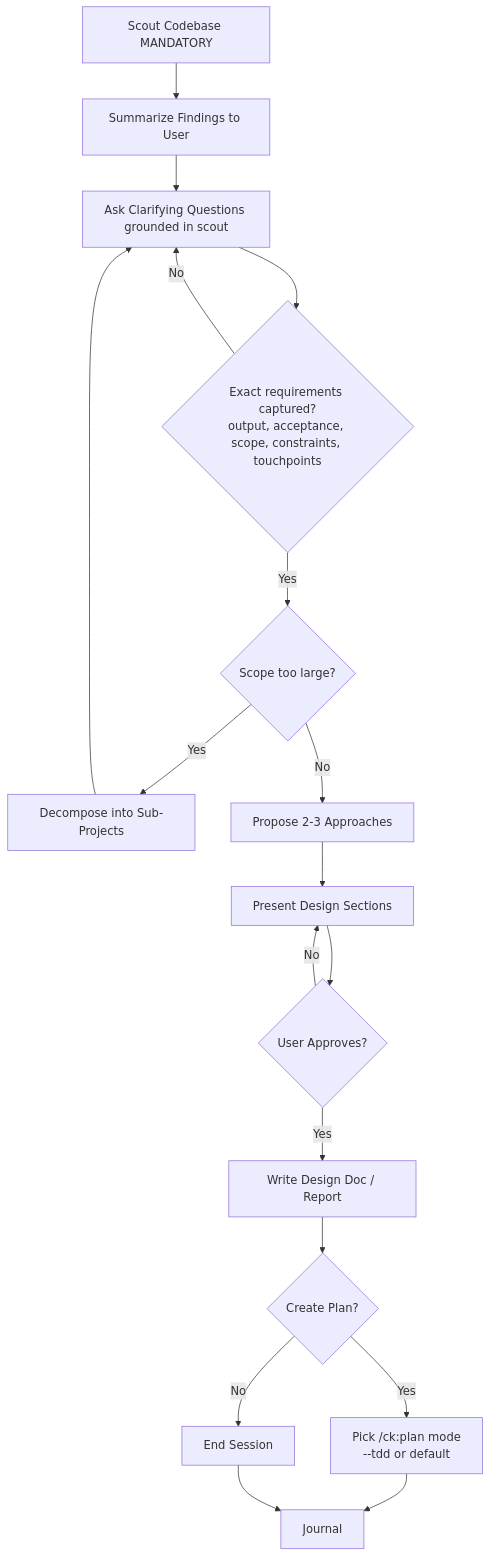
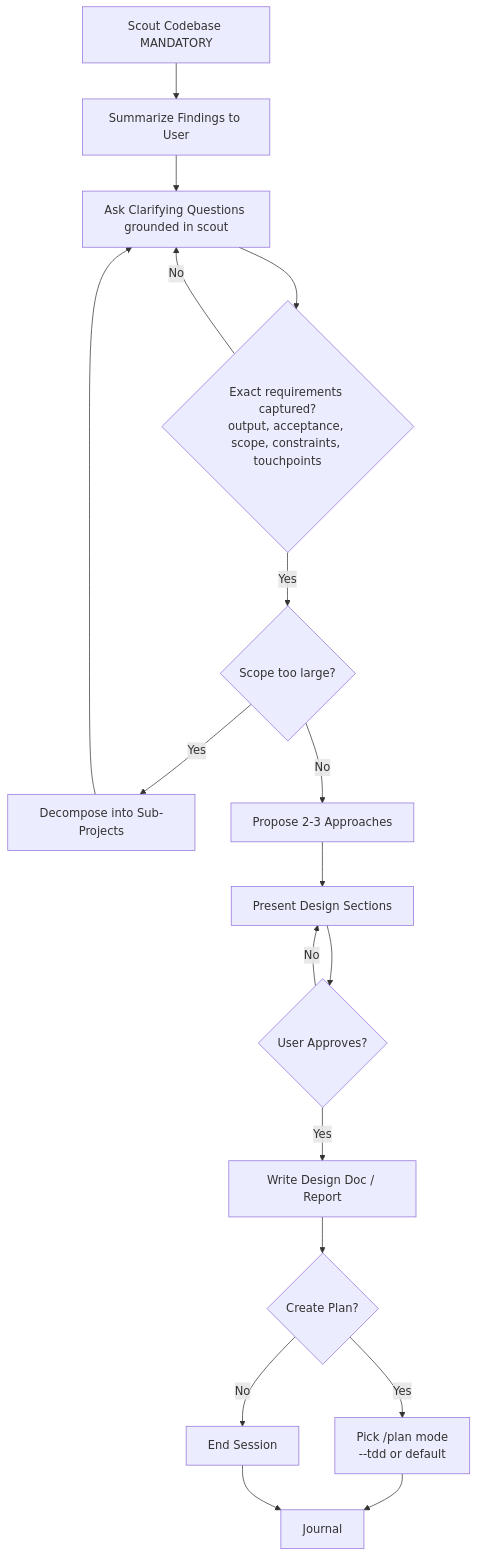
Before and after one commit to SoftwareOneHN/bidv-claude-workshop: the diagram in .claude/skills/brainstorm/SKILL.md, drawn with Mermaid. The commit also changed other lines of this file and 30 other files, not shown here.

````diff
--- a/.claude/skills/brainstorm/SKILL.md
+++ b/.claude/skills/brainstorm/SKILL.md
@@ -119,20 +119,20 @@
 ```mermaid
 flowchart TD
     A[Scout Codebase MANDATORY] --> A2[Summarize Findings to User]
     A2 --> B[Ask Clarifying Questions grounded in scout]
     B --> B2{Exact requirements captured?<br/>output, acceptance, scope, constraints, touchpoints}
     B2 -->|No| B
     B2 -->|Yes| C{Scope too large?}
     C -->|Yes| D[Decompose into Sub-Projects]
     D --> B
     C -->|No| E[Propose 2-3 Approaches]
     E --> F[Present Design Sections]
     F --> G{User Approves?}
     G -->|No| F
     G -->|Yes| H[Write Design Doc / Report]
     H --> I{Create Plan?}
-    I -->|Yes| J[Pick /ck:plan mode<br/>--tdd or default]
+    I -->|Yes| J[Pick /plan mode<br/>--tdd or default]
     I -->|No| K[End Session]
     J --> L[Journal]
     K --> L
 ```
````
